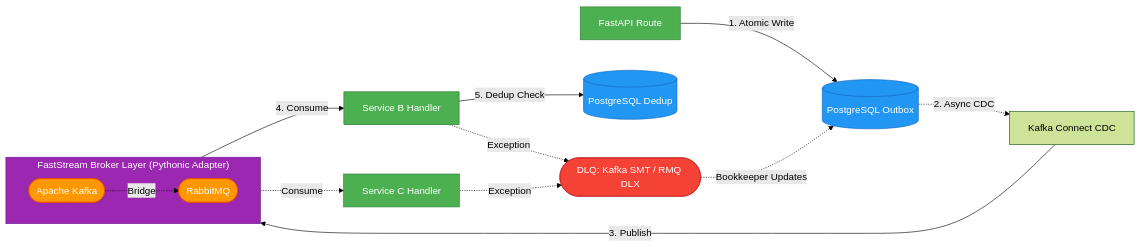
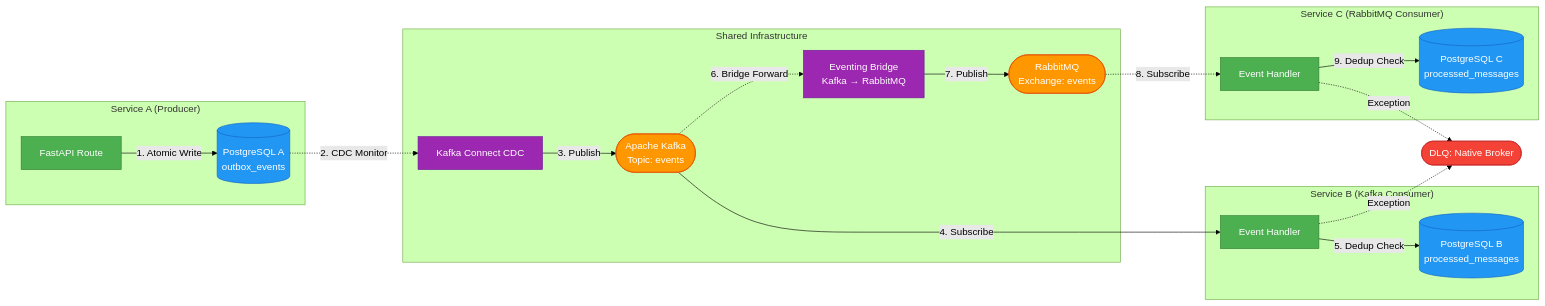
Before and after one commit to firstunicorn/messagekit: the diagram in README.md, drawn with Mermaid (forest theme). The commit also changed other lines of this file and 4 other files, not shown here.

First line of the commit message:
docs(architecture): clarify cross-service communication with database isolation

````diff
--- a/README.md
+++ b/README.md
@@ -74,46 +67,56 @@
 ```mermaid
 flowchart LR
-    subgraph FastStream["FastStream Broker Layer (Pythonic Adapter)"]
-        direction LR
-        Kafka([Apache Kafka])
-        RMQ([RabbitMQ])
+    subgraph Service_A["Service A (Producer)"]
+        AppA[FastAPI Route]
+        DB1[(PostgreSQL A<br/>outbox_events)]
     end
 
-    %% Main Flow
-    App[FastAPI Route]
-    DB1[(PostgreSQL Outbox)]
-    CDC[Kafka Connect CDC]
-    Handler1[Service B Handler]
-    DB2[(PostgreSQL Dedup)]
-    Handler2[Service C Handler]
-    DLQ([DLQ: Kafka SMT / RMQ DLX])
+    subgraph Infrastructure["Shared Infrastructure"]
+        CDC[Kafka Connect CDC]
+        Kafka([Apache Kafka<br/>Topic: events])
+        Bridge[Eventing Bridge<br/>Kafka → RabbitMQ]
+        RMQ([RabbitMQ<br/>Exchange: events])
+    end
 
-    %% Primary Path
-    App -->|1. Atomic Write| DB1
-    DB1 -.->|2. Async CDC| CDC
+    subgraph Service_B["Service B (Kafka Consumer)"]
+        Handler1[Event Handler]
+        DB2[(PostgreSQL B<br/>processed_messages)]
+    end
+
+    subgraph Service_C["Service C (RabbitMQ Consumer)"]
+        Handler2[Event Handler]
+        DB3[(PostgreSQL C<br/>processed_messages)]
+    end
+
+    DLQ([DLQ: Native Broker])
+
+    %% Primary Path (Kafka)
+    AppA -->|1. Atomic Write| DB1
+    DB1 -.->|2. CDC Monitor| CDC
     CDC -->|3. Publish| Kafka
-    Kafka -->|4. Consume| Handler1
+    Kafka -->|4. Subscribe| Handler1
     Handler1 -->|5. Dedup Check| DB2
 
-    %% Bridge Path
-    Kafka -.->|Bridge| RMQ
-    RMQ -.->|Consume| Handler2
+    %% Bridge Path (RabbitMQ)
+    Kafka -.->|6. Bridge Forward| Bridge
+    Bridge -->|7. Publish| RMQ
+    RMQ -.->|8. Subscribe| Handler2
+    Handler2 -->|9. Dedup Check| DB3
 
     %% Error Flow
     Handler1 -.->|Exception| DLQ
     Handler2 -.->|Exception| DLQ
-    DLQ -.->|Bookkeeper Updates| DB1
 
     %% Styling
     classDef app fill:#4CAF50,stroke:#2E7D32,color:#fff
     classDef db fill:#2196F3,stroke:#1565C0,color:#fff
     classDef broker fill:#FF9800,stroke:#E65100,color:#fff
-    classDef adapter fill:#9C27B0,stroke:#6A1B9A,color:#fff
+    classDef infra fill:#9C27B0,stroke:#6A1B9A,color:#fff
     classDef error fill:#F44336,stroke:#C62828,color:#fff
 
-    class App,Handler1,Handler2 app
-    class DB1,DB2 db
+    class AppA,Handler1,Handler2 app
+    class DB1,DB2,DB3 db
     class Kafka,RMQ broker
+    class CDC,Bridge infra
     class DLQ error
-    class FastStream adapter
 ```
````
